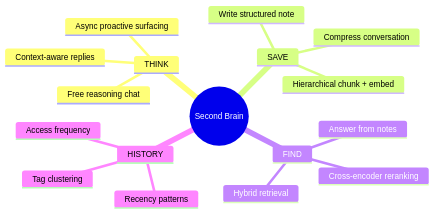
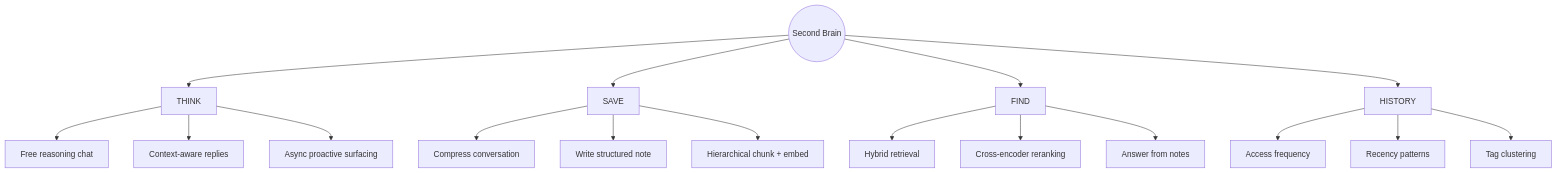
One commit to RH2004/Second-Brain changed the first of 19 diagrams in DESIGN.md. Above: the diagram before and after it, drawn with Mermaid. The commit also changed other lines of this file, not shown here.

Commit message:
Fixed all Mermaid diagram syntax in DESIGN.md to render properly on GitHub

````diff
--- a/DESIGN.md
+++ b/DESIGN.md
@@ -89,20 +89,24 @@
 ```mermaid
-mindmap
-  root((Second Brain))
-    THINK
-      Free reasoning chat
-      Context-aware replies
-      Async proactive surfacing
-    SAVE
-      Compress conversation
-      Write structured note
-      Hierarchical chunk + embed
-    FIND
-      Hybrid retrieval
-      Cross-encoder reranking
-      Answer from notes
-    HISTORY
-      Access frequency
-      Recency patterns
-      Tag clustering
+graph TD
+    root((Second Brain))
+    root --> THINK[THINK]
+    root --> SAVE[SAVE]
+    root --> FIND[FIND]
+    root --> HISTORY[HISTORY]
+    
+    THINK --> THINK_1[Free reasoning chat]
+    THINK --> THINK_2[Context-aware replies]
+    THINK --> THINK_3[Async proactive surfacing]
+    
+    SAVE --> SAVE_1[Compress conversation]
+    SAVE --> SAVE_2[Write structured note]
+    SAVE --> SAVE_3[Hierarchical chunk + embed]
+    
+    FIND --> FIND_1[Hybrid retrieval]
+    FIND --> FIND_2[Cross-encoder reranking]
+    FIND --> FIND_3[Answer from notes]
+    
+    HISTORY --> HISTORY_1[Access frequency]
+    HISTORY --> HISTORY_2[Recency patterns]
+    HISTORY --> HISTORY_3[Tag clustering]
 ```
````
